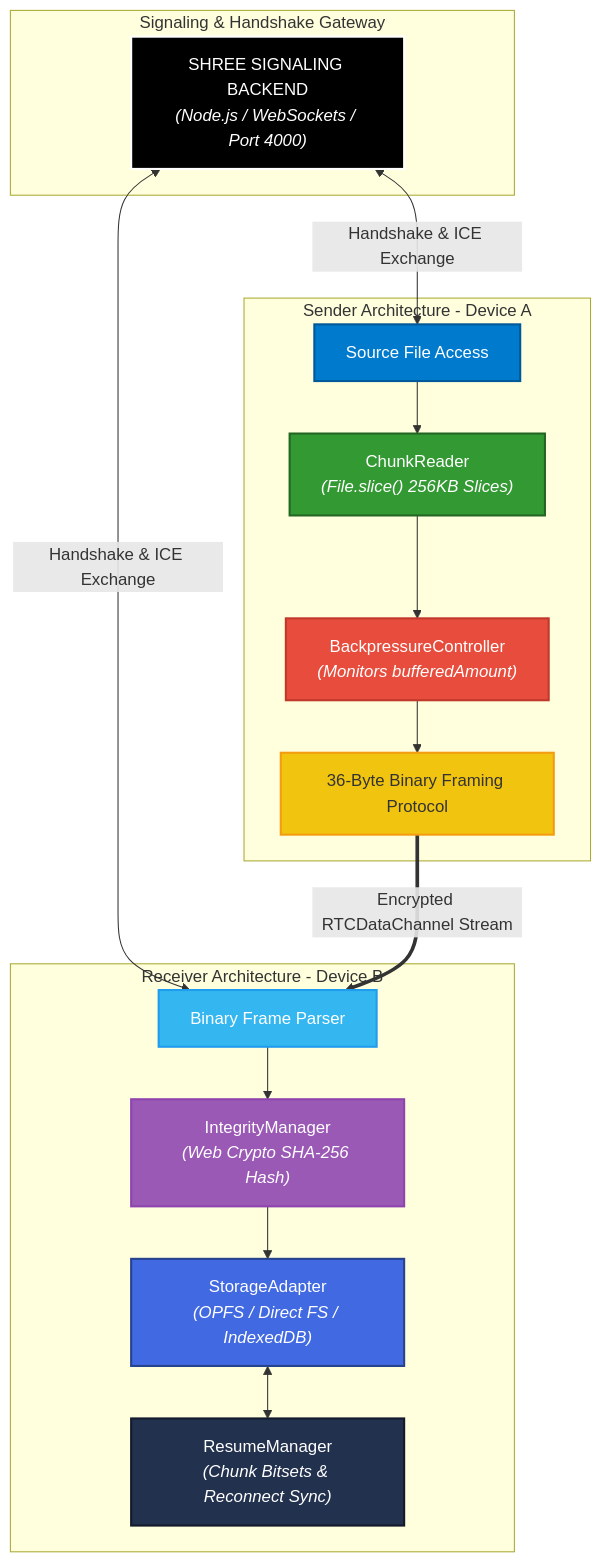
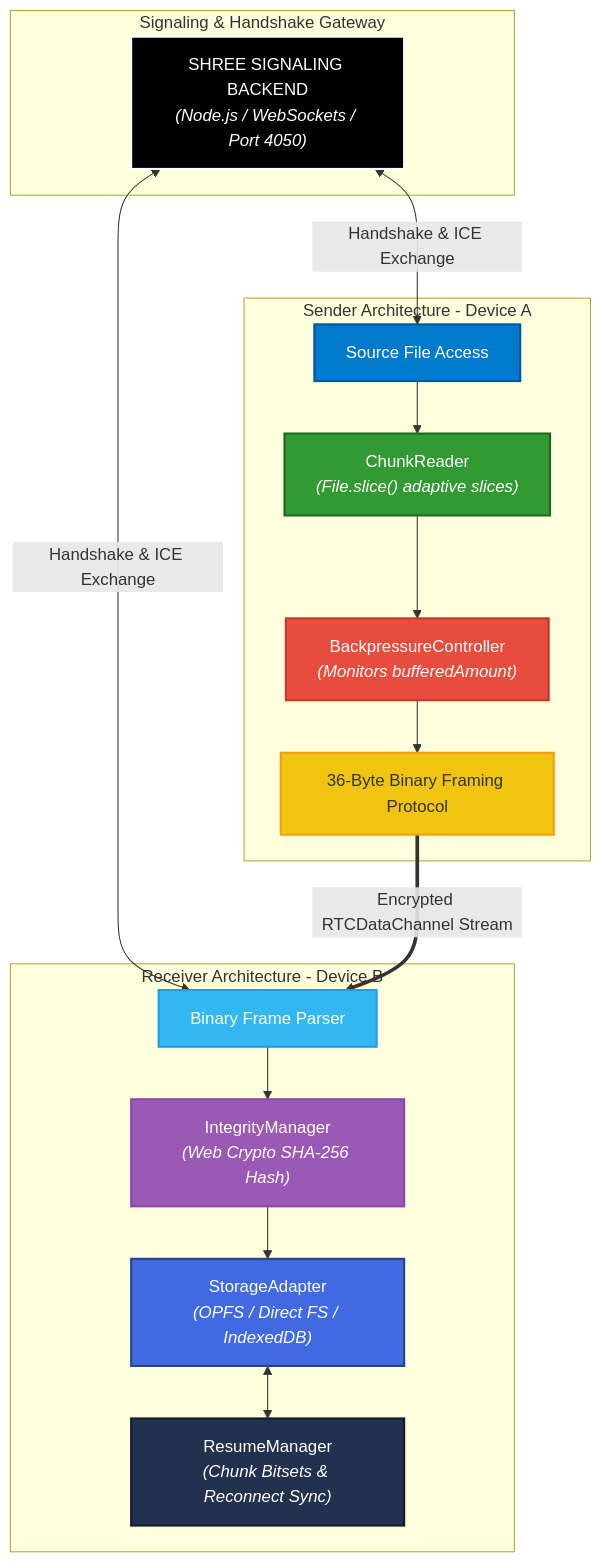
Before and after one commit to shreeharsh-patil/P2P: the diagram in README.md, drawn with Mermaid. The commit also changed other lines of this file and 39 other files, not shown here.

````diff
--- a/README.md
+++ b/README.md
@@ -42,43 +42,43 @@
 ```mermaid
 graph TD
     subgraph "Signaling & Handshake Gateway"
-        A["SHREE SIGNALING BACKEND<br><i>(Node.js / WebSockets / Port 4000)</i>"]
+        A["SHREE SIGNALING BACKEND<br><i>(Node.js / WebSockets / Port 4050)</i>"]
     end
 
     subgraph "Sender Architecture - Device A"
         B1["Source File Access"]
-        B2["ChunkReader<br><i>(File.slice() 256KB Slices)</i>"]
+        B2["ChunkReader<br><i>(File.slice() adaptive slices)</i>"]
         B3["BackpressureController<br><i>(Monitors bufferedAmount)</i>"]
         B4["36-Byte Binary Framing Protocol"]
     end
 
     subgraph "Receiver Architecture - Device B"
         C1["Binary Frame Parser"]
         C2["IntegrityManager<br><i>(Web Crypto SHA-256 Hash)</i>"]
         C3["StorageAdapter<br><i>(OPFS / Direct FS / IndexedDB)</i>"]
         C4["ResumeManager<br><i>(Chunk Bitsets & Reconnect Sync)</i>"]
     end
 
     A <-->|Handshake & ICE Exchange| B1
     A <-->|Handshake & ICE Exchange| C1
 
     B1 --> B2
     B2 --> B3
     B3 --> B4
 
     B4 == Encrypted RTCDataChannel Stream ==> C1
 
     C1 --> C2
     C2 --> C3
     C3 <--> C4
 
     style A fill:#000000,stroke:#fff,stroke-width:2px,color:#fff
     style B1 fill:#007ACC,stroke:#005999,stroke-width:2px,color:#fff
     style B2 fill:#339933,stroke:#236623,stroke-width:2px,color:#fff
     style B3 fill:#e74c3c,stroke:#c0392b,stroke-width:2px,color:#fff
     style B4 fill:#f1c40f,stroke:#f39c12,stroke-width:2px,color:#333
     style C1 fill:#34B7F1,stroke:#209CEE,stroke-width:2px,color:#fff
     style C2 fill:#9b59b6,stroke:#8e44ad,stroke-width:2px,color:#fff
     style C3 fill:#4169E1,stroke:#27438e,stroke-width:2px,color:#fff
     style C4 fill:#22314E,stroke:#121a2b,stroke-width:2px,color:#fff
 ```
````
